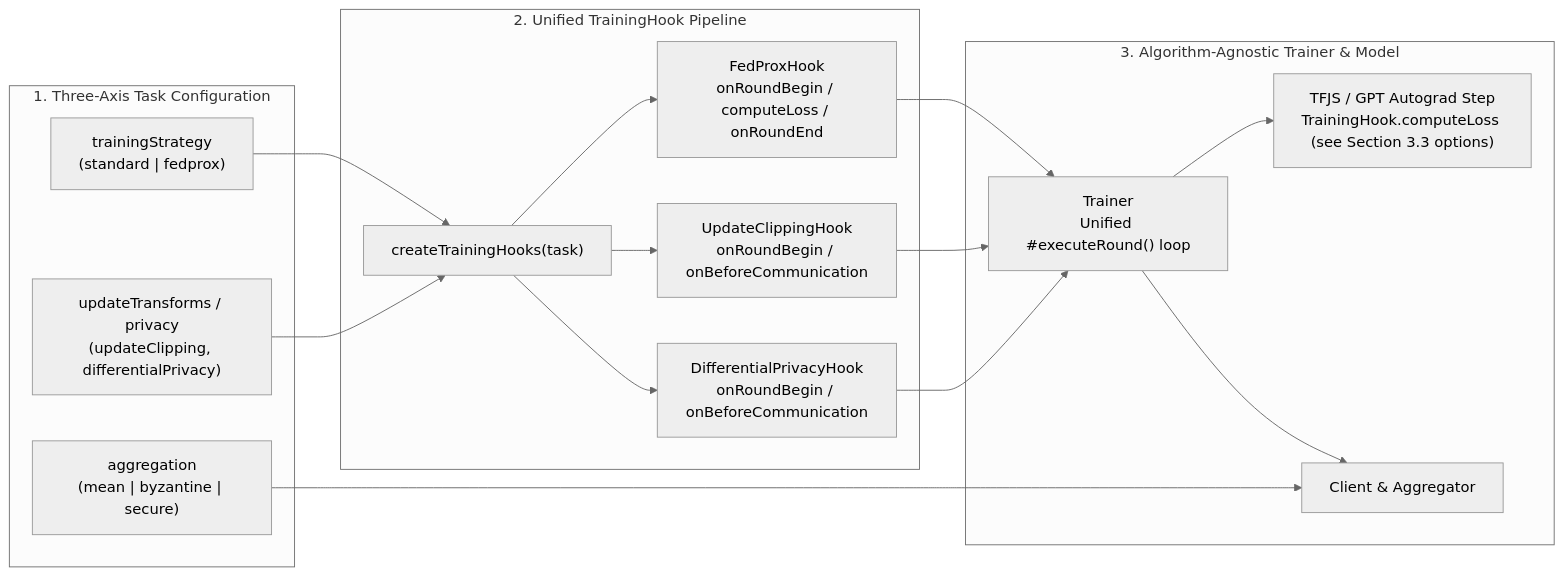
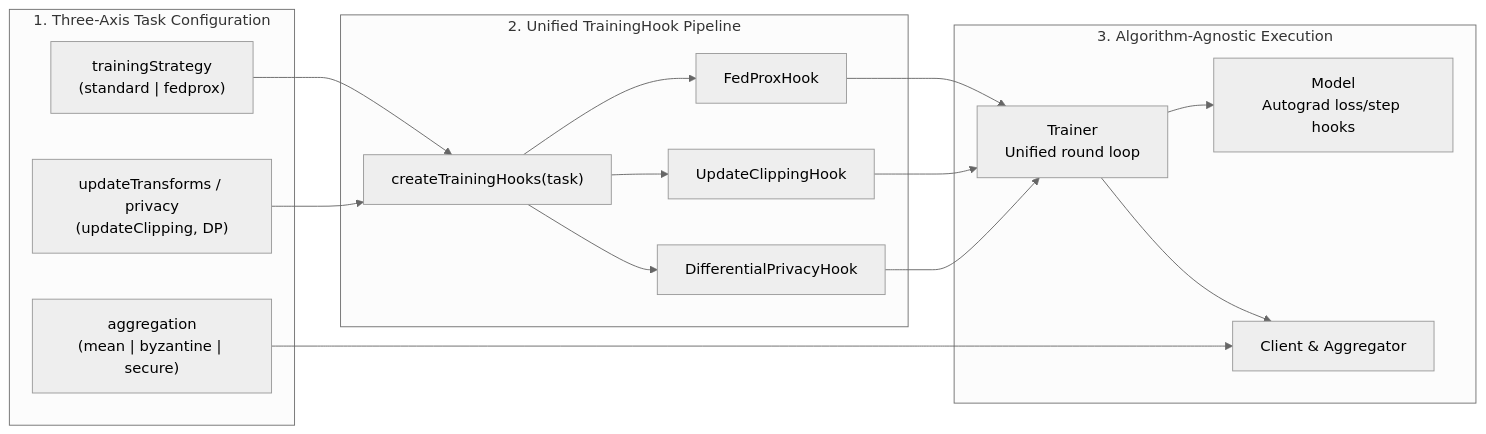
Before and after one commit to epfml/disco: the second of 3 diagrams in docs/TRAINING_ARCHITECTURE.md, drawn with Mermaid (neutral theme). The commit also changed other lines of this file, not shown here.

````diff
--- a/docs/TRAINING_ARCHITECTURE.md
+++ b/docs/TRAINING_ARCHITECTURE.md
@@ -69,33 +63,33 @@
 ```mermaid
 flowchart LR
     subgraph Config["1. Three-Axis Task Configuration"]
         TS["trainingStrategy<br/>(standard | fedprox)"]
-        UT["updateTransforms / privacy<br/>(updateClipping, differentialPrivacy)"]
+        UT["updateTransforms / privacy<br/>(updateClipping, DP)"]
         AG["aggregation<br/>(mean | byzantine | secure)"]
     end
 
     subgraph HookPipeline["2. Unified TrainingHook Pipeline"]
         HF["createTrainingHooks(task)"]
-        H1["FedProxHook<br/>onRoundBegin / computeLoss / onRoundEnd"]
-        H2["UpdateClippingHook<br/>onRoundBegin / onBeforeCommunication"]
-        H3["DifferentialPrivacyHook<br/>onRoundBegin / onBeforeCommunication"]
+        H1["FedProxHook"]
+        H2["UpdateClippingHook"]
+        H3["DifferentialPrivacyHook"]
         HF --> H1
         HF --> H2
         HF --> H3
     end
 
-    subgraph Execution["3. Algorithm-Agnostic Trainer & Model"]
-        TR["Trainer<br/>Unified #executeRound() loop"]
-        OPT["TFJS / GPT Autograd Step<br/>TrainingHook.computeLoss (see Section 3.3 options)"]
+    subgraph Execution["3. Algorithm-Agnostic Execution"]
+        TR["Trainer<br/>Unified round loop"]
+        MDL["Model<br/>Autograd loss/step hooks"]
         CL["Client & Aggregator"]
-        TR --> OPT
+        TR --> MDL
         TR --> CL
     end
 
     TS --> HF
     UT --> HF
     AG --> CL
     H1 --> TR
     H2 --> TR
     H3 --> TR
 ```
````
